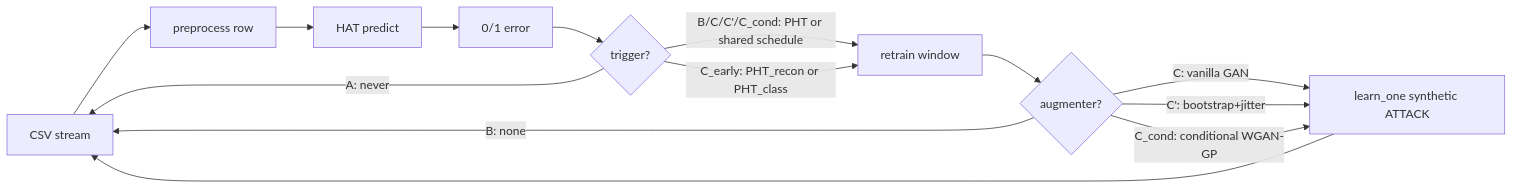
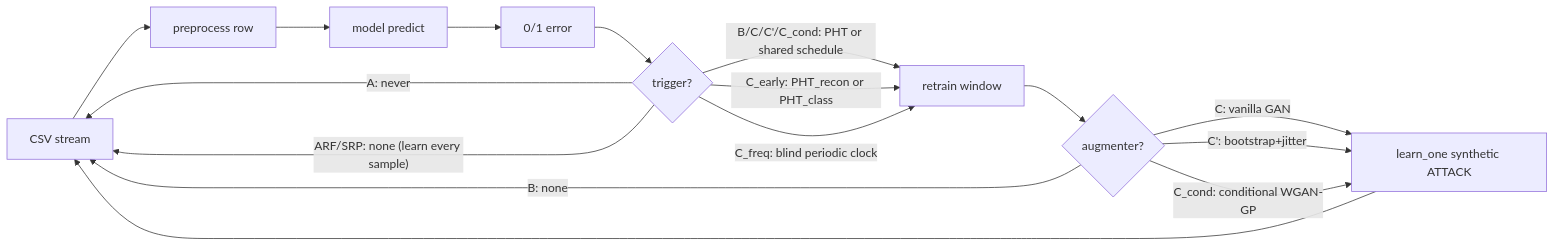
One commit to antoniol00/pace-drift changed the diagram in README.md. Above: the diagram before and after it, drawn with Mermaid. The commit also changed other lines of this file, not shown here.

````diff
--- a/README.md
+++ b/README.md
@@ -32,16 +35,18 @@
 ```mermaid
 flowchart LR
     S[CSV stream] --> P[preprocess row]
-    P --> M[HAT predict]
+    P --> M[model predict]
     M --> E[0/1 error]
     E --> T{trigger?}
     T -- "A: never" --> S
     T -- "B/C/C'/C_cond: PHT or shared schedule" --> W[retrain window]
     T -- "C_early: PHT_recon or PHT_class" --> W
+    T -- "C_freq: blind periodic clock" --> W
+    T -- "ARF/SRP: none (learn every sample)" --> S
     W --> G{augmenter?}
     G -- "C: vanilla GAN" --> L[learn_one synthetic ATTACK]
     G -- "C': bootstrap+jitter" --> L
     G -- "C_cond: conditional WGAN-GP" --> L
     G -- "B: none" --> S
     L --> S
 ```
````
